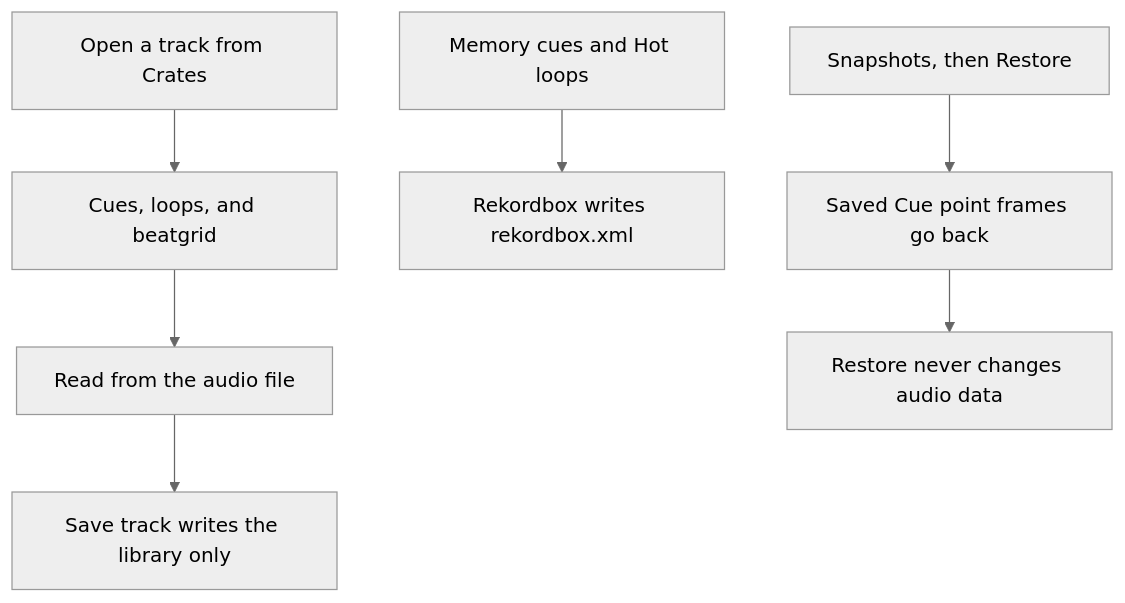
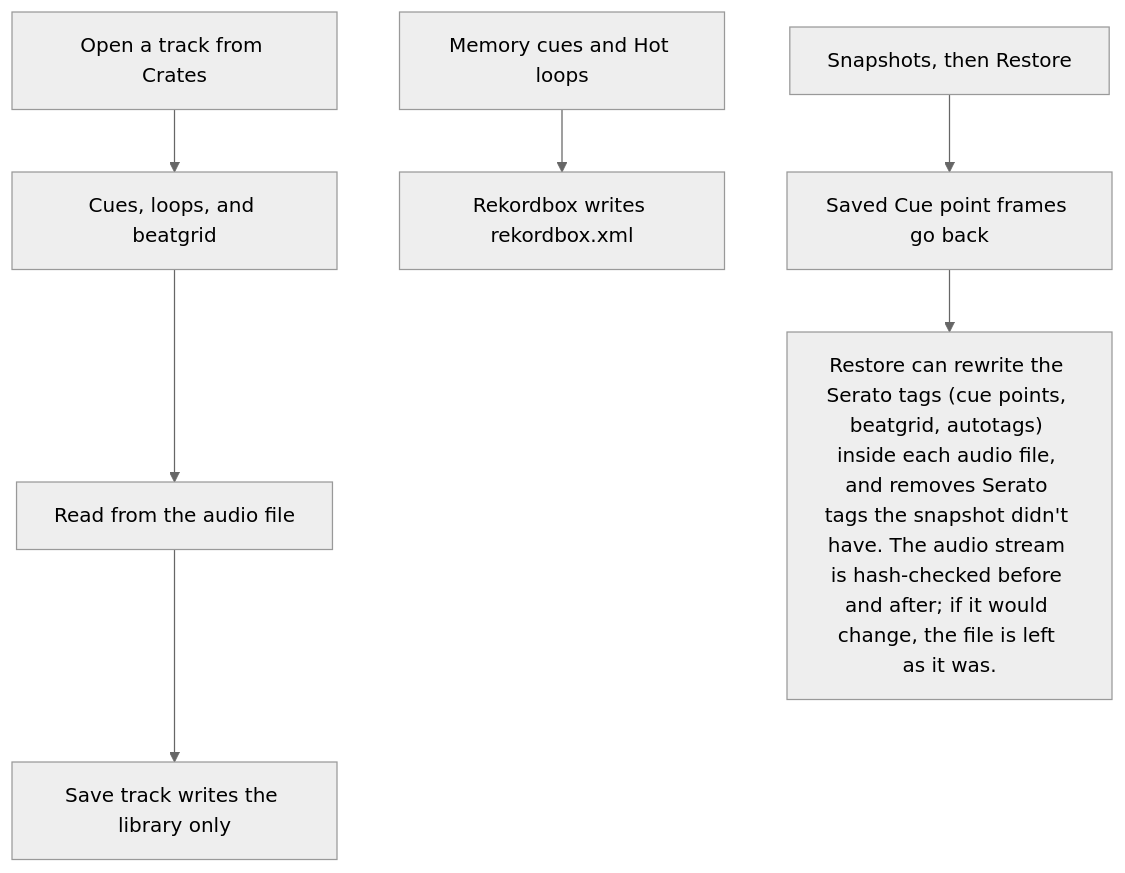
The diagram in docs/wiki/Hot-Loops-and-Cue-Points.md (mookiejones/serato-library-manager), drawn with Mermaid (neutral theme) before and after one commit. The commit also changed other lines of this file and 26 other files, not shown here.

````diff
--- a/docs/wiki/Hot-Loops-and-Cue-Points.md
+++ b/docs/wiki/Hot-Loops-and-Cue-Points.md
@@ -5,9 +8,9 @@
 ```mermaid
 flowchart TD
   open["Open a track from Crates"] --> read["Cues, loops, and beatgrid"]
   read --> file["Read from the audio file"]
   file --> save["Save track writes the library only"]
   bar["Memory cues and Hot loops"] --> xml["Rekordbox writes rekordbox.xml"]
   snap["Snapshots, then Restore"] --> frames["Saved Cue point frames go back"]
-  frames --> audio["Restore never changes audio data"]
+  frames --> audio["Restore can rewrite the Serato tags (cue points, beatgrid, autotags) inside each audio file, and removes Serato tags the snapshot didn't have. The audio stream is hash-checked before and after; if it would change, the file is left as it was."]
 ```
````
